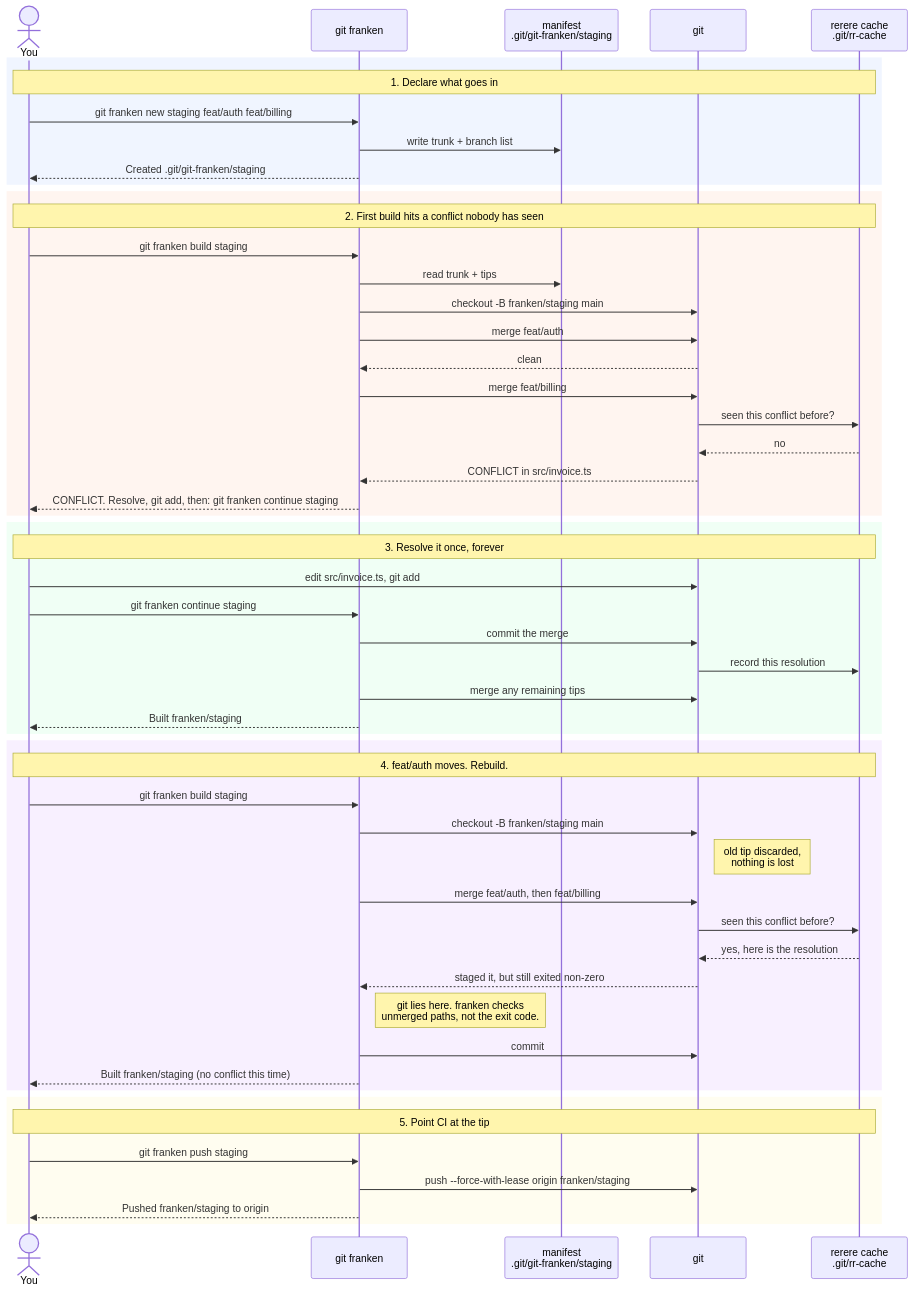
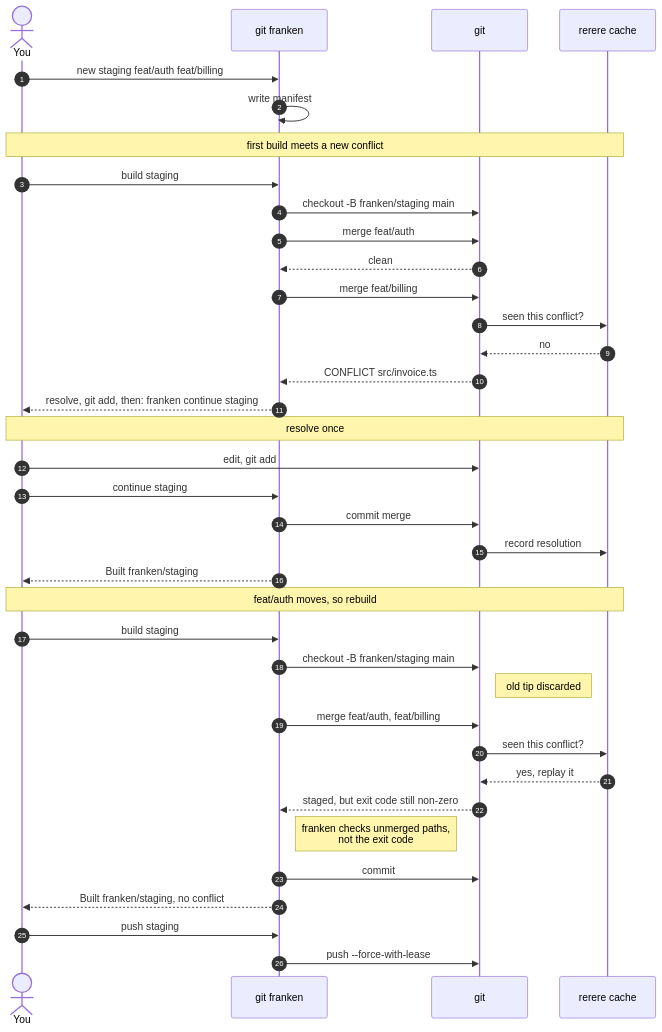
The diagram in README.md (fnune/git-franken), drawn with Mermaid before and after one commit. The commit also changed other lines of this file and 2 other files, not shown here.

First line of the commit message:
Fix plural in build summary, tighten README and diagram

````diff
--- a/README.md
+++ b/README.md
@@ -30,60 +30,44 @@
 ```mermaid
 sequenceDiagram
+    autonumber
     actor You
     participant F as git franken
-    participant M as manifest<br/>.git/git-franken/staging
     participant G as git
-    participant R as rerere cache<br/>.git/rr-cache
+    participant R as rerere cache
 
-    rect rgb(240, 245, 255)
-    Note over You,R: 1. Declare what goes in
-    You->>F: git franken new staging feat/auth feat/billing
-    F->>M: write trunk + branch list
-    F-->>You: Created .git/git-franken/staging
-    end
+    You->>F: new staging feat/auth feat/billing
+    F->>F: write manifest
 
-    rect rgb(255, 245, 240)
-    Note over You,R: 2. First build hits a conflict nobody has seen
-    You->>F: git franken build staging
-    F->>M: read trunk + tips
+    Note over You,R: first build meets a new conflict
+    You->>F: build staging
     F->>G: checkout -B franken/staging main
     F->>G: merge feat/auth
     G-->>F: clean
     F->>G: merge feat/billing
-    G->>R: seen this conflict before?
+    G->>R: seen this conflict?
     R-->>G: no
-    G-->>F: CONFLICT in src/invoice.ts
-    F-->>You: CONFLICT. Resolve, git add, then: git franken continue staging
-    end
+    G-->>F: CONFLICT src/invoice.ts
+    F-->>You: resolve, git add, then: franken continue staging
 
-    rect rgb(240, 255, 245)
-    Note over You,R: 3. Resolve it once, forever
-    You->>G: edit src/invoice.ts, git add
-    You->>F: git franken continue staging
-    F->>G: commit the merge
-    G->>R: record this resolution
-    F->>G: merge any remaining tips
+    Note over You,R: resolve once
+    You->>G: edit, git add
+    You->>F: continue staging
+    F->>G: commit merge
+    G->>R: record resolution
     F-->>You: Built franken/staging
-    end
 
-    rect rgb(248, 240, 255)
-    Note over You,R: 4. feat/auth moves. Rebuild.
-    You->>F: git franken build staging
+    Note over You,R: feat/auth moves, so rebuild
+    You->>F: build staging
     F->>G: checkout -B franken/staging main
-    Note right of G: old tip discarded,<br/>nothing is lost
-    F->>G: merge feat/auth, then feat/billing
-    G->>R: seen this conflict before?
-    R-->>G: yes, here is the resolution
-    G-->>F: staged it, but still exited non-zero
-    Note right of F: git lies here. franken checks<br/>unmerged paths, not the exit code.
+    Note right of G: old tip discarded
+    F->>G: merge feat/auth, feat/billing
+    G->>R: seen this conflict?
+    R-->>G: yes, replay it
+    G-->>F: staged, but exit code still non-zero
+    Note right of F: franken checks unmerged paths,<br/>not the exit code
     F->>G: commit
-    F-->>You: Built franken/staging (no conflict this time)
-    end
+    F-->>You: Built franken/staging, no conflict
 
-    rect rgb(255, 253, 240)
-    Note over You,R: 5. Point CI at the tip
-    You->>F: git franken push staging
-    F->>G: push --force-with-lease origin franken/staging
-    F-->>You: Pushed franken/staging to origin
-    end
+    You->>F: push staging
+    F->>G: push --force-with-lease
 ```
````
